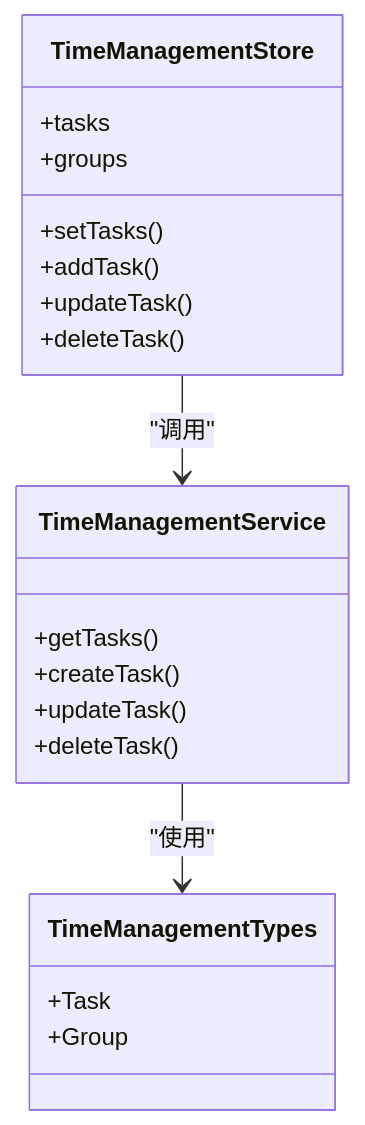
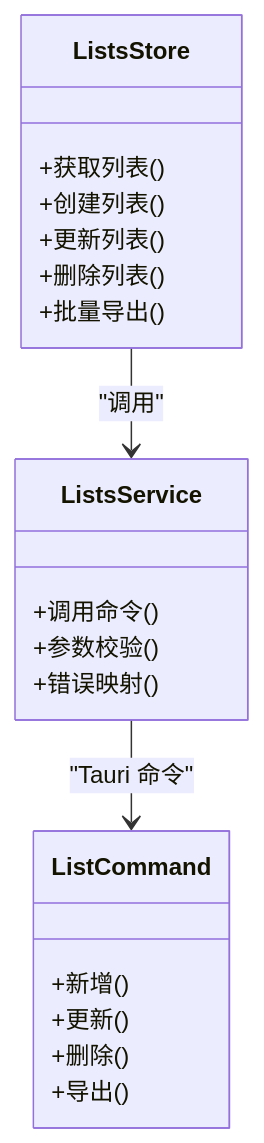
One commit to gzdxhujiale/FishWorker changed the fourth of 11 diagrams in .qoder/repowiki/zh/content/架构设计/架构设计.md. Above: the diagram before and after it, drawn with Mermaid. The commit also changed other lines of this file and 238 other files, not shown here.

````diff
--- a/.qoder/repowiki/zh/content/架构设计/架构设计.md
+++ b/.qoder/repowiki/zh/content/架构设计/架构设计.md
@@ -225,23 +197,23 @@
 ```mermaid
 classDiagram
-class TimeManagementStore {
-+tasks
-+groups
-+setTasks()
-+addTask()
-+updateTask()
-+deleteTask()
+class ListsStore {
++获取列表()
++创建列表()
++更新列表()
++删除列表()
++批量导出()
 }
-class TimeManagementService {
-+getTasks()
-+createTask()
-+updateTask()
-+deleteTask()
+class ListsService {
++调用命令()
++参数校验()
++错误映射()
 }
-class TimeManagementTypes {
-+Task
-+Group
+class ListCommand {
++新增()
++更新()
++删除()
++导出()
 }
-TimeManagementStore --> TimeManagementService : "调用"
-TimeManagementService --> TimeManagementTypes : "使用"
+ListsStore --> ListsService : "调用"
+ListsService --> ListCommand : "Tauri 命令"
 ```
````
